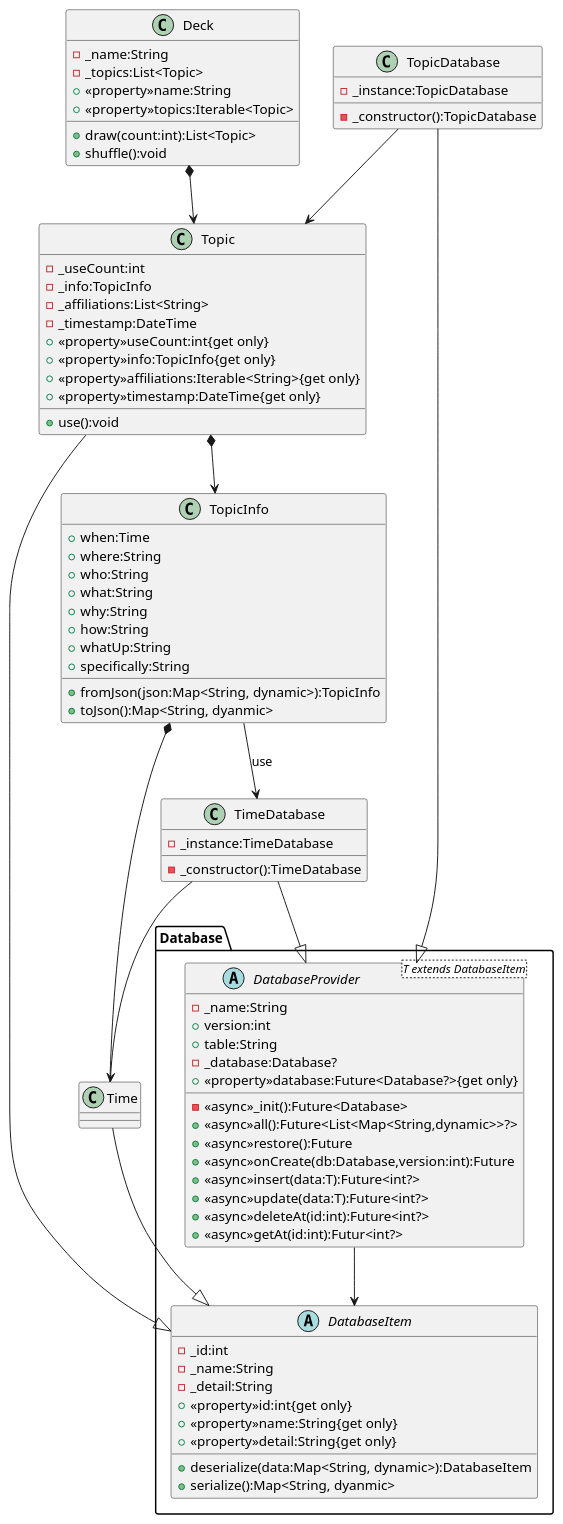
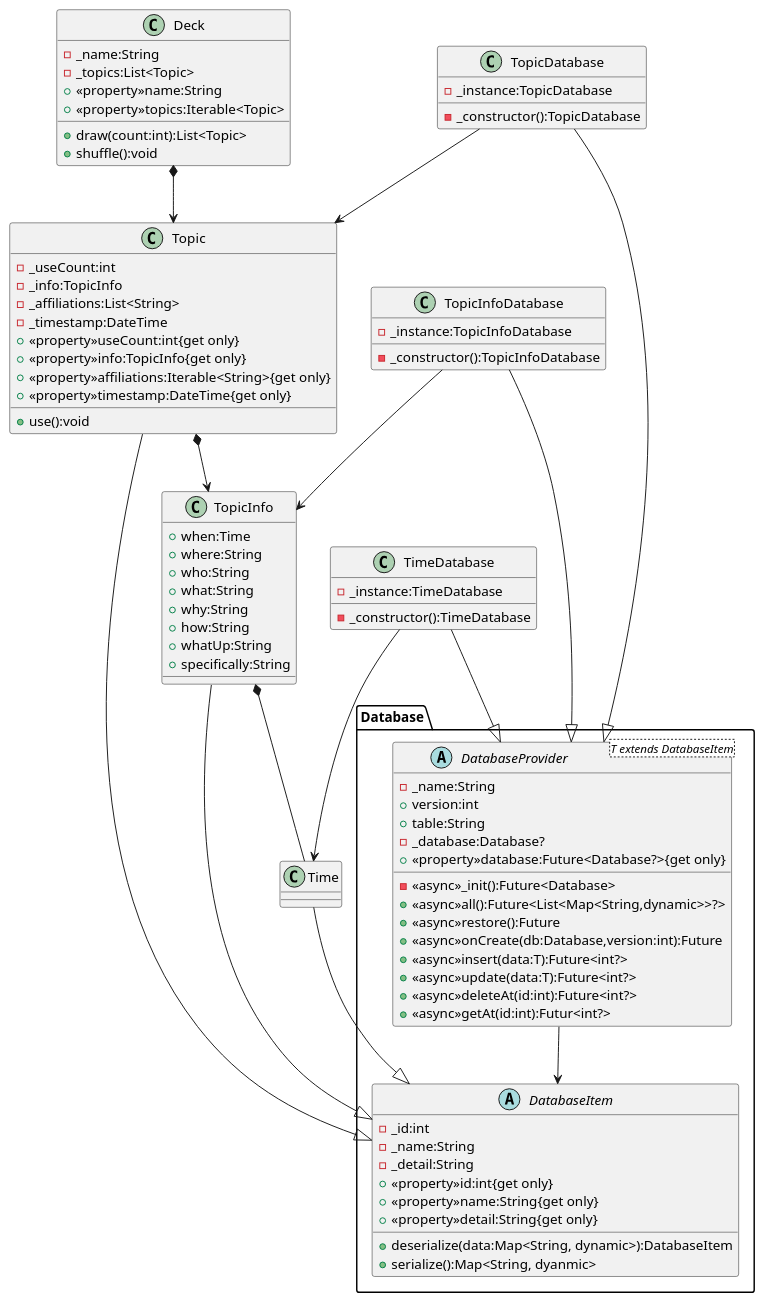
Before and after one commit to nmskm240/conversation_deck: the diagram in classDiagram.pu, drawn with PlantUML. The commit also changed 7 other files, not shown here.

```diff
--- a/classDiagram.pu
+++ b/classDiagram.pu
@@ -1,93 +1,98 @@
 @startuml Conversation deck cards
 package Database
 {
     abstract DatabaseItem
     {
         -_id:int
         -_name:String
         -_detail:String
         +<<property>>id:int{get only}
         +<<property>>name:String{get only}
         +<<property>>detail:String{get only}
         +deserialize(data:Map<String, dynamic>):DatabaseItem
         +serialize():Map<String, dyanmic>
     }
     abstract DatabaseProvider<T extends DatabaseItem>
     {
         -_name:String
         +version:int
         +table:String
         -_database:Database?
         +<<property>>database:Future<Database?>{get only}
         -<<async>>_init():Future<Database>
         +<<async>>all():Future<List<Map<String,dynamic>>?>
         +<<async>>restore():Future
         +<<async>>onCreate(db:Database,version:int):Future
         +<<async>>insert(data:T):Future<int?>
         +<<async>>update(data:T):Future<int?>
         +<<async>>deleteAt(id:int):Future<int?>
         +<<async>>getAt(id:int):Futur<int?>
     }
 }
 class Deck
 {
     -_name:String
     -_topics:List<Topic>
     +<<property>>name:String
     +<<property>>topics:Iterable<Topic>
     +draw(count:int):List<Topic>
     +shuffle():void
 }
 class Topic
 {
     -_useCount:int
     -_info:TopicInfo
     -_affiliations:List<String>
     -_timestamp:DateTime
     +<<property>>useCount:int{get only}
     +<<property>>info:TopicInfo{get only}
     +<<property>>affiliations:Iterable<String>{get only}
     +<<property>>timestamp:DateTime{get only}
     +use():void
 }
 class TopicInfo
 {
     +when:Time
     +where:String
     +who:String
     +what:String
     +why:String
     +how:String
     +whatUp:String
     +specifically:String
-    +fromJson(json:Map<String, dynamic>):TopicInfo
-    +toJson():Map<String, dyanmic>
+}
+class TopicInfoDatabase
+{
+    -_instance:TopicInfoDatabase
+    -_constructor():TopicInfoDatabase
 }
 class TopicDatabase
 {
     -_instance:TopicDatabase
     -_constructor():TopicDatabase
 }
 class Time
 class TimeDatabase
 {
     -_instance:TimeDatabase
     -_constructor():TimeDatabase
 }
 
 DatabaseProvider --> DatabaseItem
 TopicDatabase --> Topic
+TopicInfoDatabase --> TopicInfo
 TimeDatabase --> Time
-TopicInfo --> TimeDatabase : use
 
 TopicDatabase --|> DatabaseProvider
+TopicInfoDatabase --|> DatabaseProvider
 TimeDatabase --|> DatabaseProvider
 Topic --|> DatabaseItem
+TopicInfo --|> DatabaseItem
 Time --|> DatabaseItem
 
 Topic *--> TopicInfo
 Deck *--> Topic
 
 TopicInfo *-- Time
 
 @enduml
```
